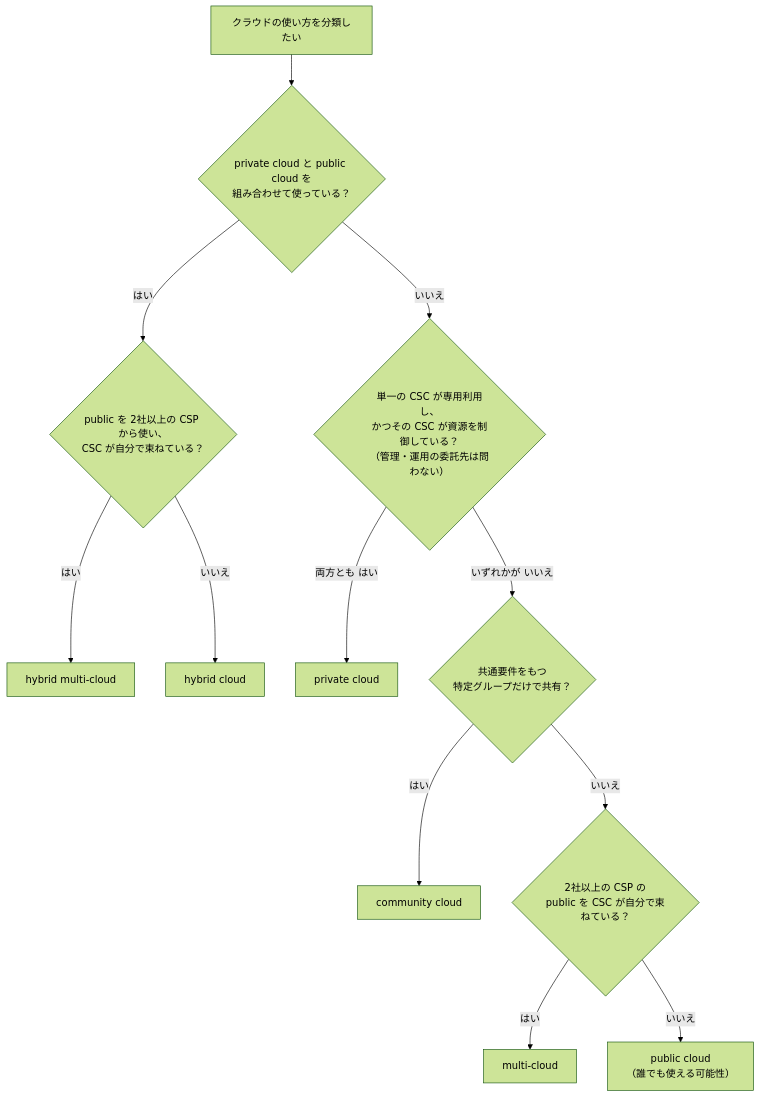
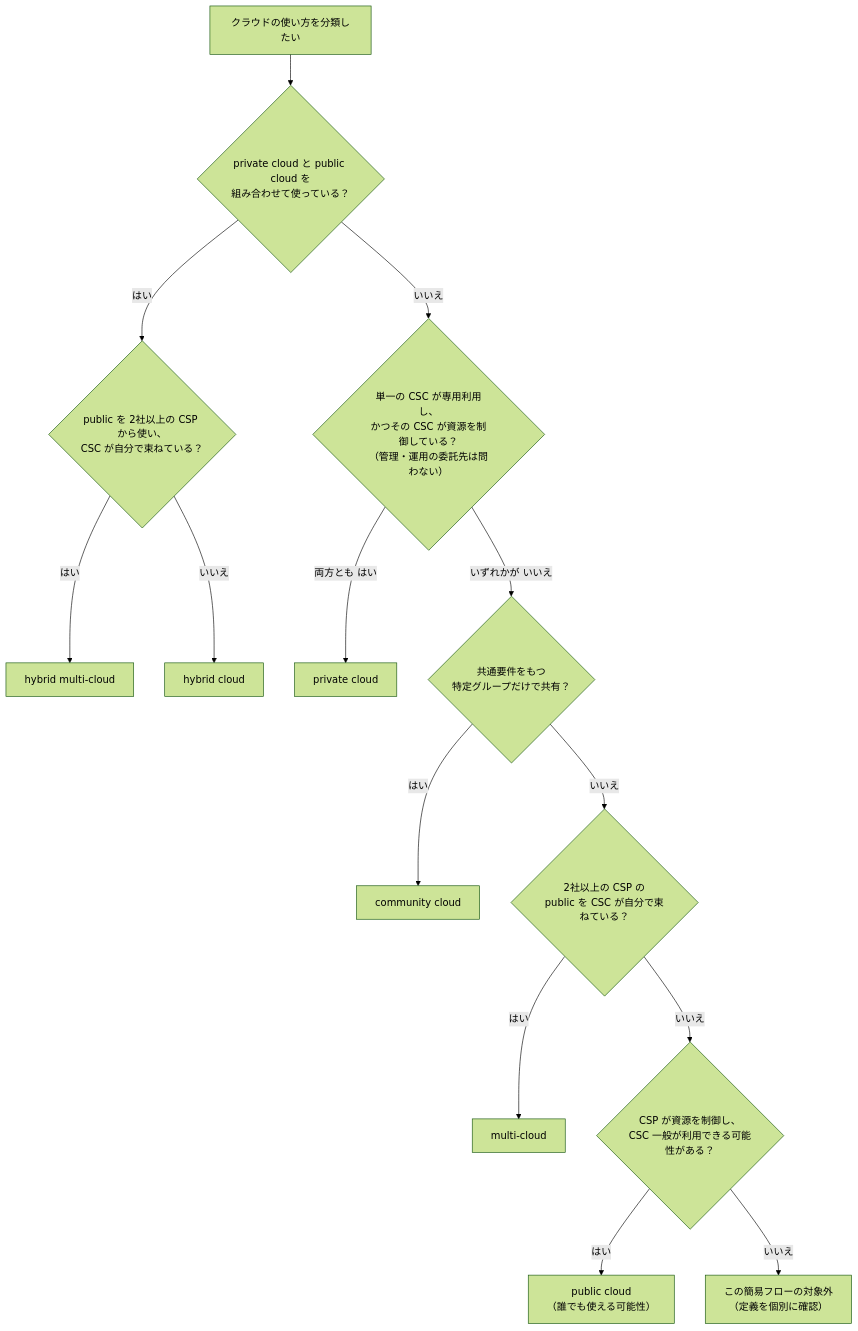
The fifth of 15 diagrams in Iso-iec-22123-1-2023-guide.md (myoshi2891/Cloud-Infrastructure-and-Network-Studies), drawn with Mermaid (forest theme) before and after one commit. The commit also changed 2 other files, not shown here.

Commit message:
docs(iso22123): clarify public cloud flowchart condition, CSN scope, and auditor definition

````diff
--- a/Iso-iec-22123-1-2023-guide.md
+++ b/Iso-iec-22123-1-2023-guide.md
@@ -226,14 +226,16 @@
 ```mermaid
 flowchart TD
     S["クラウドの使い方を分類したい"] --> Q0{"private cloud と public cloud を<br/>組み合わせて使っている？"}
     Q0 -->|"はい"| Q5{"public を 2社以上の CSP から使い、<br/>CSC が自分で束ねている？"}
     Q5 -->|"はい"| HMC["hybrid multi-cloud"]
     Q5 -->|"いいえ"| HYB["hybrid cloud"]
     Q0 -->|"いいえ"| Q1{"単一の CSC が専用利用し、<br/>かつその CSC が資源を制御している？<br/>（管理・運用の委託先は問わない）"}
     Q1 -->|"両方とも はい"| PRI["private cloud"]
     Q1 -->|"いずれかが いいえ"| Q2{"共通要件をもつ<br/>特定グループだけで共有？"}
     Q2 -->|"はい"| COM["community cloud"]
     Q2 -->|"いいえ"| Q4{"2社以上の CSP の<br/>public を CSC が自分で束ねている？"}
     Q4 -->|"はい"| MUL["multi-cloud"]
-    Q4 -->|"いいえ"| PUB["public cloud<br/>（誰でも使える可能性）"]
+    Q4 -->|"いいえ"| Q6{"CSP が資源を制御し、<br/>CSC 一般が利用できる可能性がある？"}
+    Q6 -->|"はい"| PUB["public cloud<br/>（誰でも使える可能性）"]
+    Q6 -->|"いいえ"| OOS["この簡易フローの対象外<br/>（定義を個別に確認）"]
 ```
````
